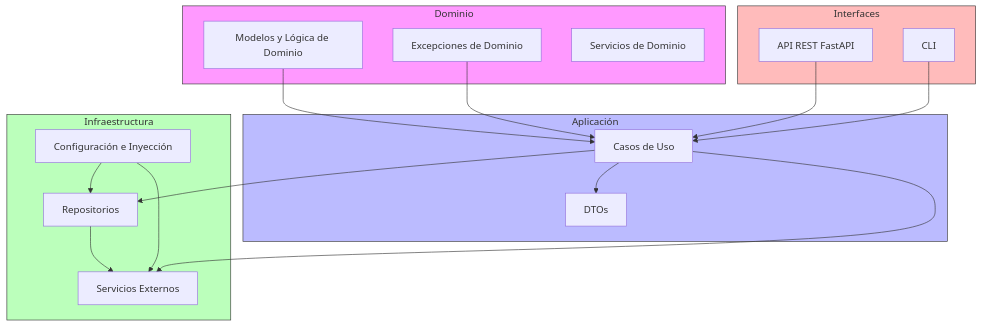
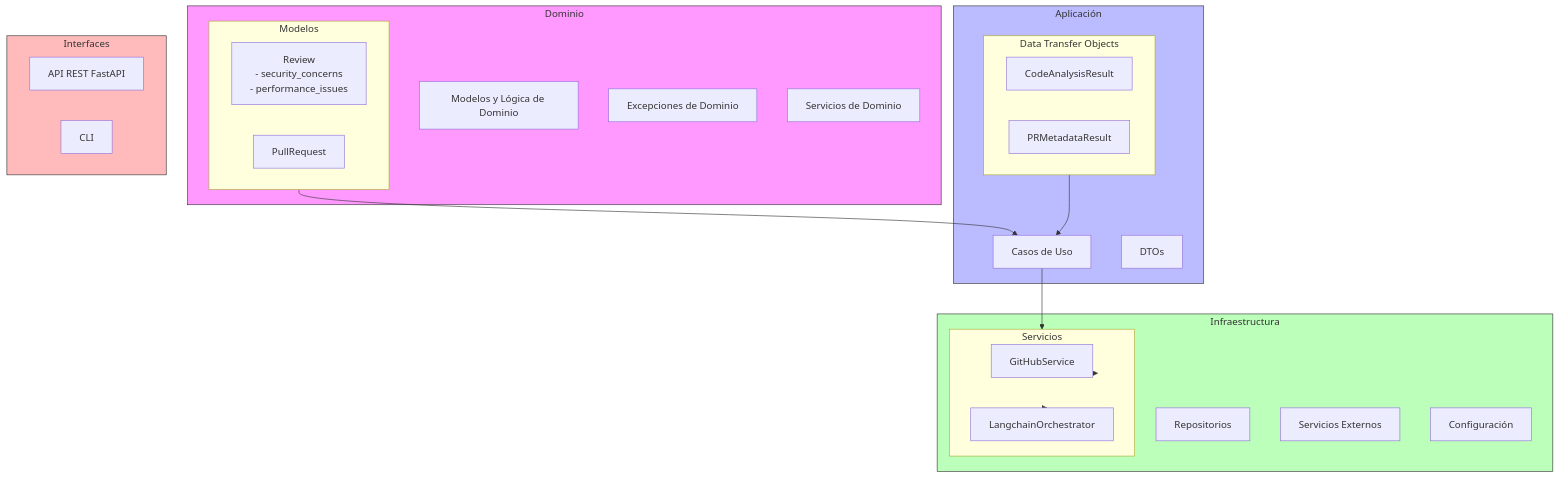
The diagram in diagrams/architecture.mmd (dev-dvenegas/ai-code-review-bot-Private), drawn with Mermaid before and after one commit. The commit also changed 15 other files, not shown here.

First line of the commit message:
Refactor AI analysis and GitHub integration with enhanced code review capabilities

```diff
--- a/diagrams/architecture.mmd
+++ b/diagrams/architecture.mmd
@@ -1,41 +1,48 @@
 flowchart TD
     subgraph Domain["Dominio"]
         DM["Modelos y Lógica de Dominio"]
         DE["Excepciones de Dominio"]
         DS["Servicios de Dominio"]
+        
+        subgraph Models["Modelos"]
+            Review["Review<br>- security_concerns<br>- performance_issues"]
+            PR["PullRequest"]
+        end
     end
 
     subgraph Application["Aplicación"]
         UC["Casos de Uso"]
         DTO["DTOs"]
+        
+        subgraph DTOs["Data Transfer Objects"]
+            CodeAnalysis["CodeAnalysisResult"]
+            PRMetadata["PRMetadataResult"]
+        end
     end
 
     subgraph Infrastructure["Infraestructura"]
         REPO["Repositorios"]
         EXT["Servicios Externos"]
-        CONFIG["Configuración e Inyección"]
+        CONFIG["Configuración"]
+        
+        subgraph Services["Servicios"]
+            GitHub["GitHubService"]
+            AI["LangchainOrchestrator"]
+        end
     end
 
     subgraph Interfaces["Interfaces"]
         API["API REST FastAPI"]
         CLI["CLI"]
     end
 
-    DM --> UC
-    DE --> UC
-    UC --> DTO
-
-    REPO --> EXT
-    CONFIG --> REPO
-    CONFIG --> EXT
-
-    UC --> REPO
-    UC --> EXT
-
-    API --> UC
-    CLI --> UC
+    Models --> UC
+    DTOs --> UC
+    UC --> Services
+    Services --> GitHub
+    Services --> AI
 
     style Domain fill:#f9f,stroke:#333
     style Application fill:#bbf,stroke:#333
     style Infrastructure fill:#bfb,stroke:#333
     style Interfaces fill:#fbb,stroke:#333 
```
